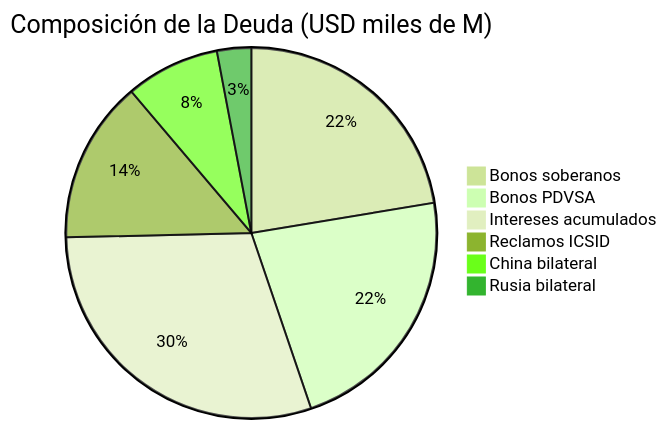
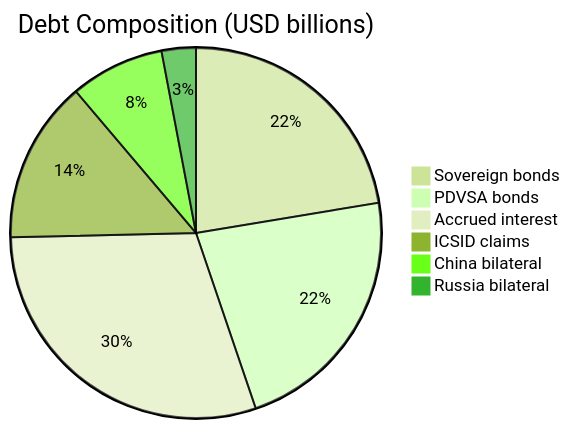
One commit to Venezuela-S-A/venezuela-sa changed the first of 2 diagrams in i18n/en/docusaurus-plugin-content-docs/current/02-motor-financiero/deuda.md. Above: the diagram before and after it, drawn with Mermaid (forest theme). The commit also changed other lines of this file and 127 other files, not shown here.

````diff
--- a/i18n/en/docusaurus-plugin-content-docs/current/02-motor-financiero/deuda.md
+++ b/i18n/en/docusaurus-plugin-content-docs/current/02-motor-financiero/deuda.md
@@ -12,9 +12,9 @@
 ```mermaid
-pie title Composición de la Deuda (USD miles de M)
-    "Bonos soberanos" : 30
-    "Bonos PDVSA" : 30
-    "Intereses acumulados" : 40
-    "Reclamos ICSID" : 19
+pie title Debt Composition (USD billions)
+    "Sovereign bonds" : 30
+    "PDVSA bonds" : 30
+    "Accrued interest" : 40
+    "ICSID claims" : 19
     "China bilateral" : 11
-    "Rusia bilateral" : 4
+    "Russia bilateral" : 4
 ```
````
